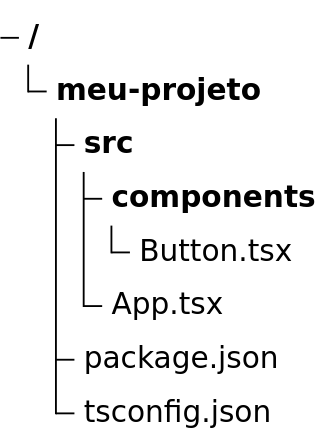
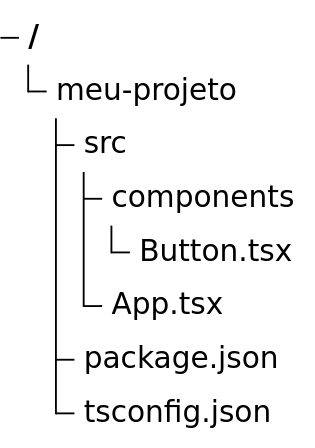
Before and after one commit to dandgabr/skills: diagram 28 of 29 in skills/documentation-designer/SKILL.md, drawn with Mermaid. The commit also changed other lines of this file and 1 other file, not shown here.

Commit message:
Correção dos diagramas e design em mermaid

````diff
--- a/skills/documentation-designer/SKILL.md
+++ b/skills/documentation-designer/SKILL.md
@@ -402,10 +427,10 @@
 ```mermaid
 treeView-beta
-meu-projeto/
-  src/
-    components/
-      Button.tsx
-    App.tsx
-  package.json
-  tsconfig.json
+        "meu-projeto"
+                "src"
+                        "components"
+                                "Button.tsx"
+                        "App.tsx"
+                "package.json"
+                "tsconfig.json"
 ```
````
